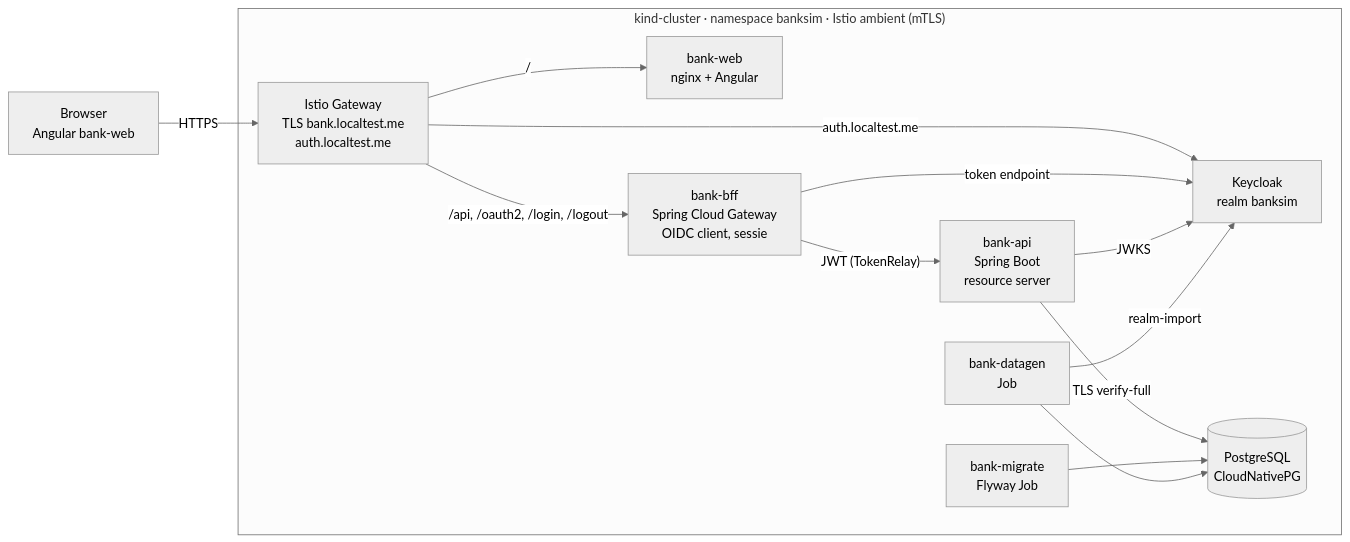
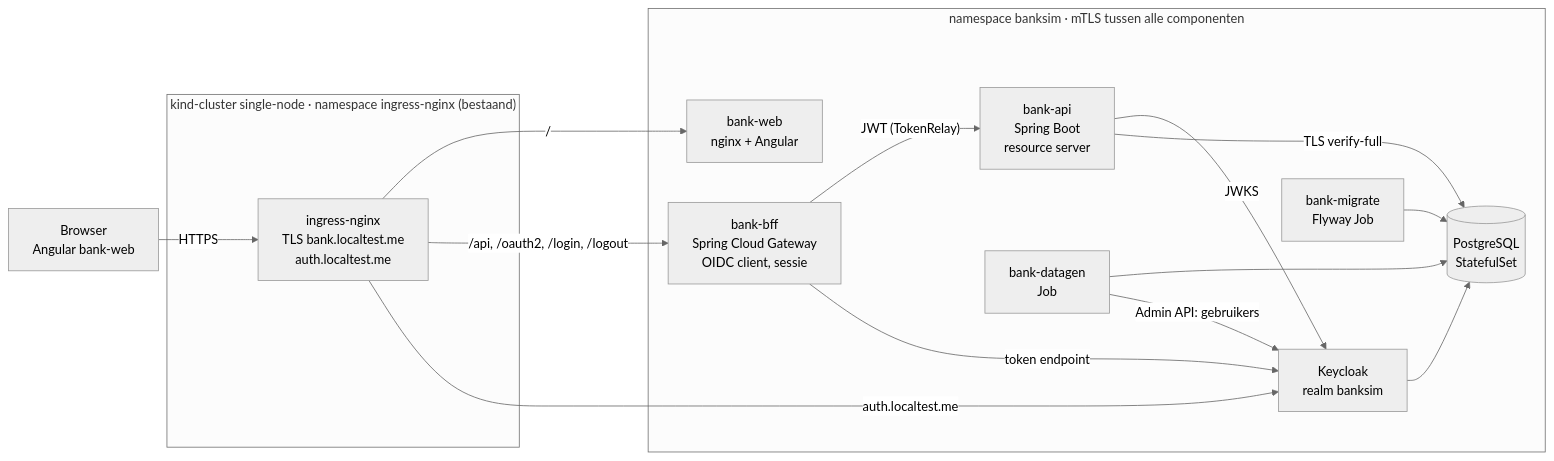
One commit to edwinbulter/banksim changed the first of 4 diagrams in doc/technisch-ontwerp.md. Above: the diagram before and after it, drawn with Mermaid (neutral theme). The commit also changed other lines of this file and 1 other file, not shown here.

First line of the commit message:
[ECS-62] Install BankSim in namespace of existing single-node cluster

````diff
--- a/doc/technisch-ontwerp.md
+++ b/doc/technisch-ontwerp.md
@@ -39,25 +41,28 @@
 ```mermaid
 flowchart LR
     Browser["Browser<br/>Angular bank-web"]
-    subgraph kind["kind-cluster · namespace banksim · Istio ambient (mTLS)"]
-        GW["Istio Gateway<br/>TLS bank.localtest.me<br/>auth.localtest.me"]
+    subgraph shared["kind-cluster single-node · namespace ingress-nginx (bestaand)"]
+        GW["ingress-nginx<br/>TLS bank.localtest.me<br/>auth.localtest.me"]
+    end
+    subgraph kind["namespace banksim · mTLS tussen alle componenten"]
         WEB["bank-web<br/>nginx + Angular"]
         BFF["bank-bff<br/>Spring Cloud Gateway<br/>OIDC client, sessie"]
         API["bank-api<br/>Spring Boot<br/>resource server"]
         KC["Keycloak<br/>realm banksim"]
-        PG[("PostgreSQL<br/>CloudNativePG")]
+        PG[("PostgreSQL<br/>StatefulSet")]
         MIG["bank-migrate<br/>Flyway Job"]
         GEN["bank-datagen<br/>Job"]
     end
     Browser -->|HTTPS| GW
     GW -->|"/"| WEB
     GW -->|"/api, /oauth2, /login, /logout"| BFF
     GW -->|auth.localtest.me| KC
     BFF -->|"JWT (TokenRelay)"| API
     BFF -->|token endpoint| KC
     API -->|JWKS| KC
     API -->|TLS verify-full| PG
     MIG --> PG
     GEN --> PG
-    GEN -->|realm-import| KC
+    GEN -->|Admin API: gebruikers| KC
+    KC --> PG
 ```
````
